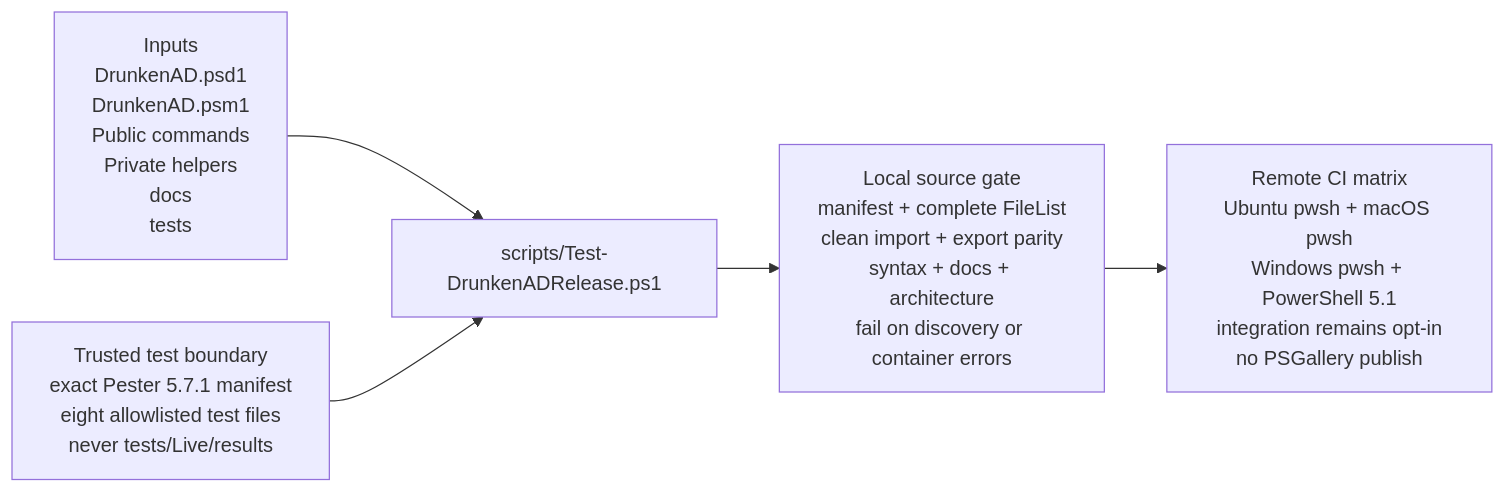
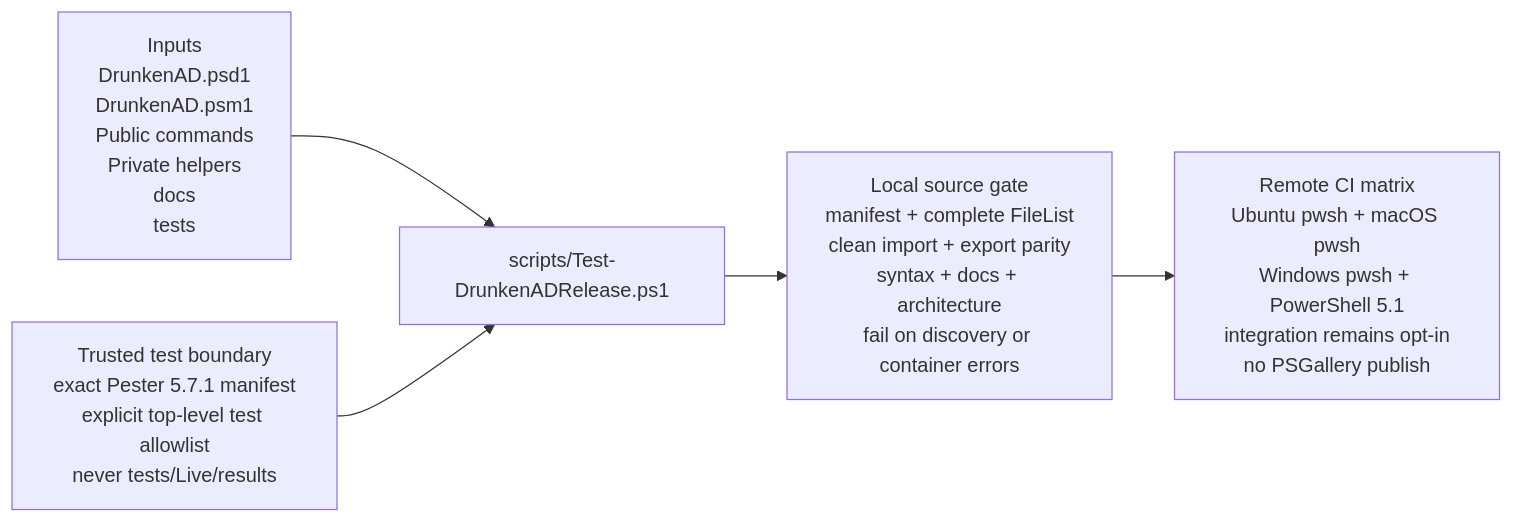
The diagram in docs/diagrams/release-readiness-flow.mmd (jonathanweinberg/DrunkenAD), drawn with Mermaid before and after one commit. The commit also changed 21 other files, not shown here.

```diff
--- a/docs/diagrams/release-readiness-flow.mmd
+++ b/docs/diagrams/release-readiness-flow.mmd
@@ -1,11 +1,11 @@
 flowchart LR
     INPUTS["Inputs<br/>DrunkenAD.psd1<br/>DrunkenAD.psm1<br/>Public commands<br/>Private helpers<br/>docs<br/>tests"]
-    TRUST["Trusted test boundary<br/>exact Pester 5.7.1 manifest<br/>eight allowlisted test files<br/>never tests/Live/results"]
+    TRUST["Trusted test boundary<br/>exact Pester 5.7.1 manifest<br/>explicit top-level test allowlist<br/>never tests/Live/results"]
     SCRIPT["scripts/Test-DrunkenADRelease.ps1"]
     CHECKS["Local source gate<br/>manifest + complete FileList<br/>clean import + export parity<br/>syntax + docs + architecture<br/>fail on discovery or container errors"]
     CI["Remote CI matrix<br/>Ubuntu pwsh + macOS pwsh<br/>Windows pwsh + PowerShell 5.1<br/>integration remains opt-in<br/>no PSGallery publish"]
 
     INPUTS --> SCRIPT
     TRUST --> SCRIPT
     SCRIPT --> CHECKS
     CHECKS --> CI
```
